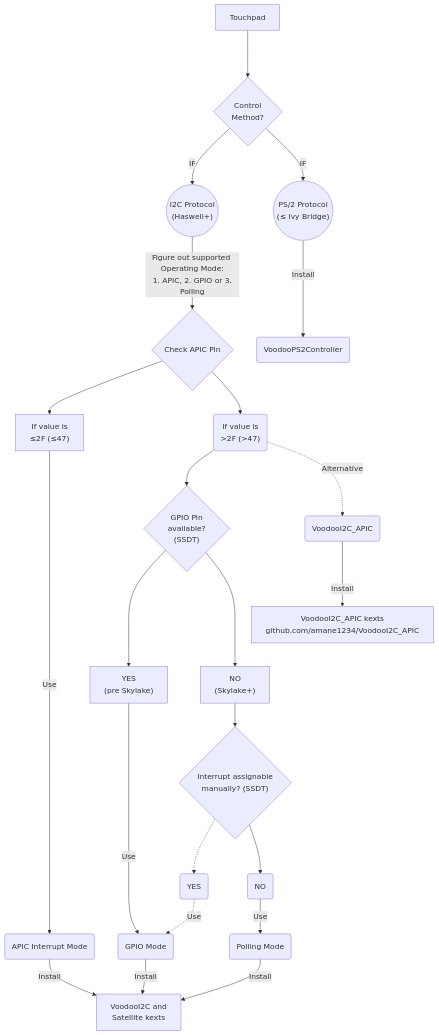
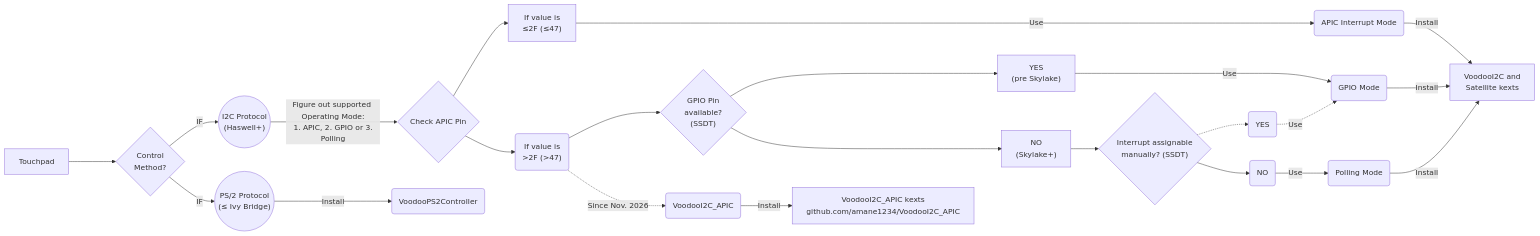
The diagram in Content/05_Laptop-specific_Patches/Trackpad_Patches/README.md (5T33Z0/OC-Little-Translated), drawn with Mermaid before and after one commit.

Commit message:
Change graph direction from TD to LR in README

````diff
--- a/Content/05_Laptop-specific_Patches/Trackpad_Patches/README.md
+++ b/Content/05_Laptop-specific_Patches/Trackpad_Patches/README.md
@@ -224,14 +224,14 @@
 ```mermaid
-graph TD
+graph LR
     A[Touchpad] ---> B{"Control</br> Method?"}
     B -->|IF| C(("I2C Protocol</br>(Haswell+)"))
     B -->|IF| G(("PS/2 Protocol</br>(≤ Ivy Bridge)"))
     C --> |"Figure out supported Operating Mode:</br> 1. APIC, 2. GPIO or 3. Polling"|J{Check APIC Pin}
     J --> K["If value is </br>≤2F (≤47)"]------->|Use| D(APIC Interrupt Mode)-->|Install|L[VoodooI2C and </br>Satellite kexts]
     J --> M("If value is</br> >2F (>47)")-->O{"GPIO Pin </br>available? </br>(SSDT)"}
-    M -.->|Alternative| V(VoodooI2C_APIC)-->|Install|W["VoodooI2C_APIC kexts</br>github.com/amane1234/VoodooI2C_APIC"]
+    M -.->|Since Nov. 2026| V(VoodooI2C_APIC)-->|Install|W["VoodooI2C_APIC kexts</br>github.com/amane1234/VoodooI2C_APIC"]
     O --> P["YES</br>(pre Skylake)"]---->|Use|R(GPIO Mode)-->|Install|L
     O ---> Q["NO </br>(Skylake+)"]--> N{"Interrupt assignable</br> manually? (SSDT)"}-.->F(YES)-.->|Use|R
     N-->S(NO)-->|Use|T(Polling Mode)-->|Install|L
     G --> |Install|H(VoodooPS2Controller)
 ```    
````
